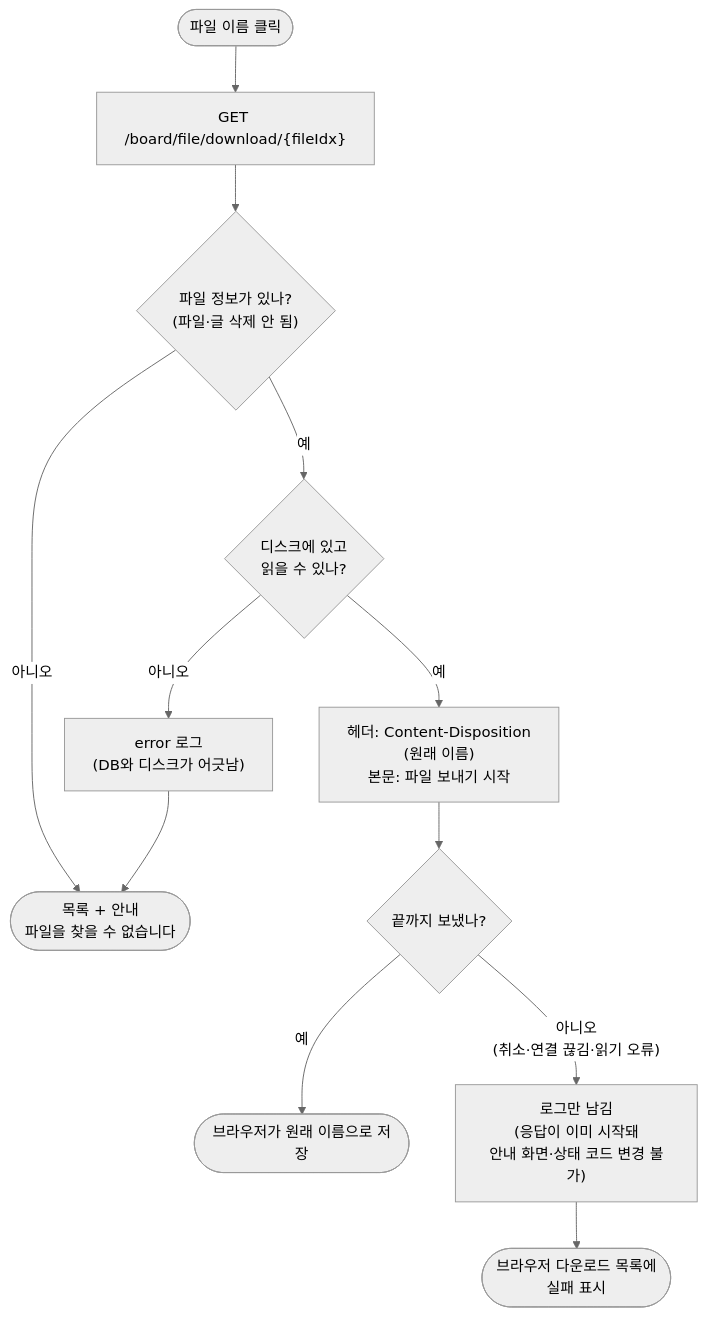
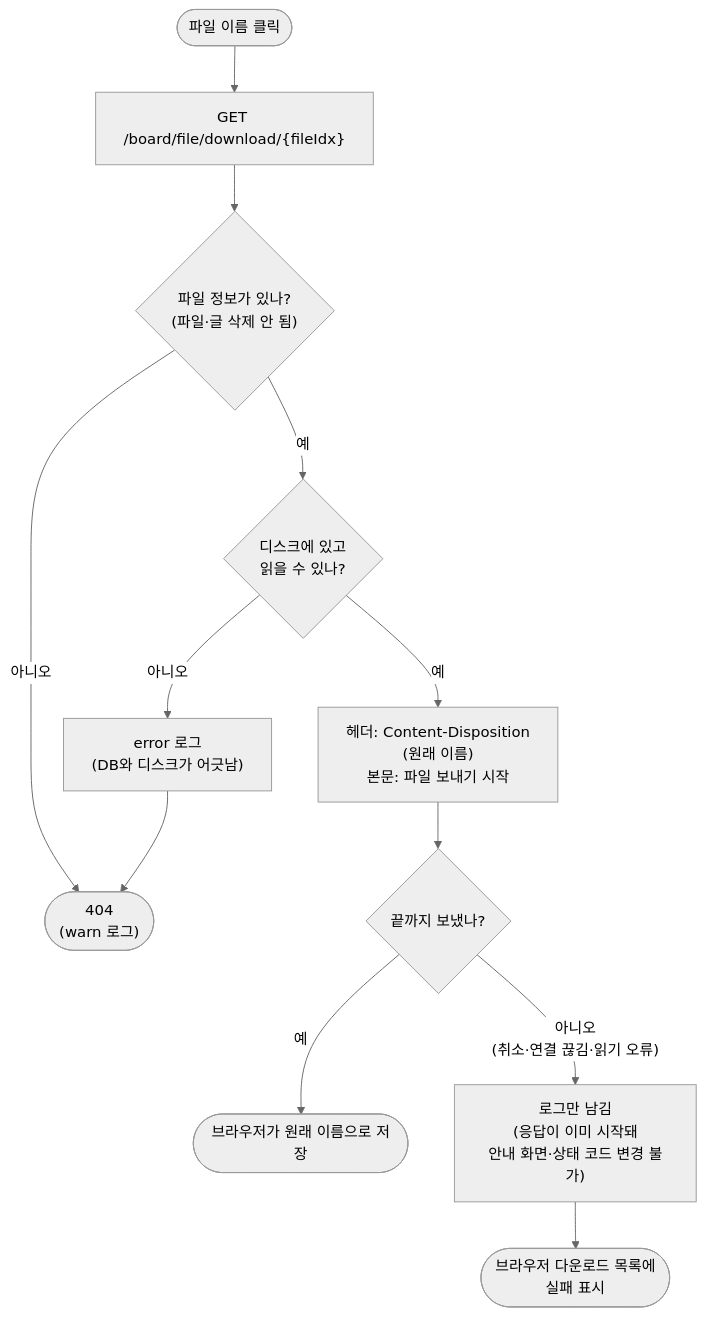
Before and after one commit to dao0612-dot/spring_study: the third of 3 diagrams in design/2026-10-27_글쓰기fetch_파일내려받기.md, drawn with Mermaid (neutral theme). The commit also changed other lines of this file, not shown here.

````diff
--- a/design/2026-10-27_글쓰기fetch_파일내려받기.md
+++ b/design/2026-10-27_글쓰기fetch_파일내려받기.md
@@ -154,13 +155,13 @@
 ```mermaid
 flowchart TD
     A(["파일 이름 클릭"]) --> B["GET /board/file/download/{fileIdx}"]
     B --> C{"파일 정보가 있나?<br/>(파일·글 삭제 안 됨)"}
-    C -->|아니오| X(["목록 + 안내<br/>파일을 찾을 수 없습니다"])
+    C -->|아니오| X(["404<br/>(warn 로그)"])
     C -->|예| D{"디스크에 있고<br/>읽을 수 있나?"}
     D -->|아니오| L["error 로그<br/>(DB와 디스크가 어긋남)"] --> X
     D -->|예| E["헤더: Content-Disposition<br/>(원래 이름)<br/>본문: 파일 보내기 시작"]
     E --> G{"끝까지 보냈나?"}
     G -->|예| F(["브라우저가 원래 이름으로 저장"])
     G -->|"아니오<br/>(취소·연결 끊김·읽기 오류)"| H["로그만 남김<br/>(응답이 이미 시작돼<br/>안내 화면·상태 코드 변경 불가)"]
     H --> Y(["브라우저 다운로드 목록에<br/>실패 표시"])
 ```
````
